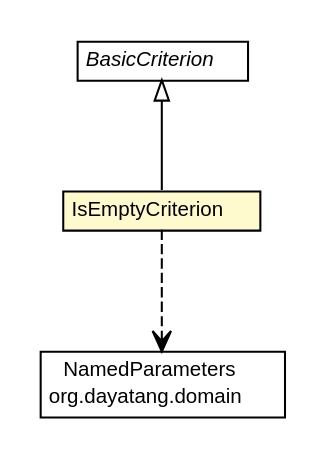
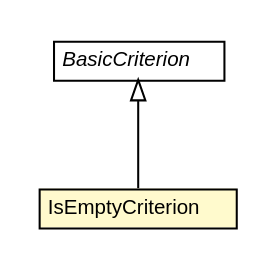
Before and after one commit to dayatang/dddlib: the diagram in apidocs/org/dayatang/domain/internal/IsEmptyCriterion.dot, drawn with Graphviz. The commit also changed 3371 other files, not shown here.

```diff
--- a/apidocs/org/dayatang/domain/internal/IsEmptyCriterion.dot
+++ b/apidocs/org/dayatang/domain/internal/IsEmptyCriterion.dot
@@ -1,35 +1,26 @@
 #!/usr/local/bin/dot
 #
 # Class diagram 
 # Generated by UMLGraph version R5_6_6-8-g8d7759 (http://www.umlgraph.org/)
 #
 
 digraph G {
 	edge [fontname="Helvetica",fontsize=10,labelfontname="Helvetica",labelfontsize=10];
 	node [fontname="Helvetica",fontsize=10,shape=plaintext];
 	nodesep=0.25;
 	ranksep=0.5;
-	// org.dayatang.domain.NamedParameters
-	c60075 [label=<<table title="org.dayatang.domain.NamedParameters" border="0" cellborder="1" cellspacing="0" cellpadding="2" port="p" href="../NamedParameters.html">
-		<tr><td><table border="0" cellspacing="0" cellpadding="1">
-<tr><td align="center" balign="center"> NamedParameters </td></tr>
-<tr><td align="center" balign="center"> org.dayatang.domain </td></tr>
-		</table></td></tr>
-		</table>>, URL="../NamedParameters.html", fontname="Helvetica", fontcolor="black", fontsize=10.0];
 	// org.dayatang.domain.internal.IsEmptyCriterion
-	c60120 [label=<<table title="org.dayatang.domain.internal.IsEmptyCriterion" border="0" cellborder="1" cellspacing="0" cellpadding="2" port="p" bgcolor="lemonChiffon" href="./IsEmptyCriterion.html">
+	c59888 [label=<<table title="org.dayatang.domain.internal.IsEmptyCriterion" border="0" cellborder="1" cellspacing="0" cellpadding="2" port="p" bgcolor="lemonChiffon" href="./IsEmptyCriterion.html">
 		<tr><td><table border="0" cellspacing="0" cellpadding="1">
 <tr><td align="center" balign="center"> IsEmptyCriterion </td></tr>
 		</table></td></tr>
 		</table>>, URL="./IsEmptyCriterion.html", fontname="Helvetica", fontcolor="black", fontsize=10.0];
 	// org.dayatang.domain.internal.BasicCriterion
-	c60132 [label=<<table title="org.dayatang.domain.internal.BasicCriterion" border="0" cellborder="1" cellspacing="0" cellpadding="2" port="p" href="./BasicCriterion.html">
+	c59900 [label=<<table title="org.dayatang.domain.internal.BasicCriterion" border="0" cellborder="1" cellspacing="0" cellpadding="2" port="p" href="./BasicCriterion.html">
 		<tr><td><table border="0" cellspacing="0" cellpadding="1">
 <tr><td align="center" balign="center"><font face="Helvetica-Oblique"> BasicCriterion </font></td></tr>
 		</table></td></tr>
 		</table>>, URL="./BasicCriterion.html", fontname="Helvetica", fontcolor="black", fontsize=10.0];
 	//org.dayatang.domain.internal.IsEmptyCriterion extends org.dayatang.domain.internal.BasicCriterion
-	c60132:p -> c60120:p [dir=back,arrowtail=empty];
-	// org.dayatang.domain.internal.IsEmptyCriterion DEPEND org.dayatang.domain.NamedParameters
-	c60120:p -> c60075:p [taillabel="", label=" "headlabel="", fontname="Helvetica", fontcolor="black", fontsize=10.0, color="black", arrowhead=open, style=dashed];
+	c59900:p -> c59888:p [dir=back,arrowtail=empty];
 }
```
